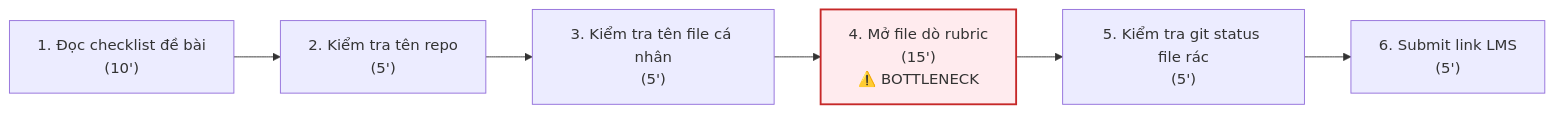
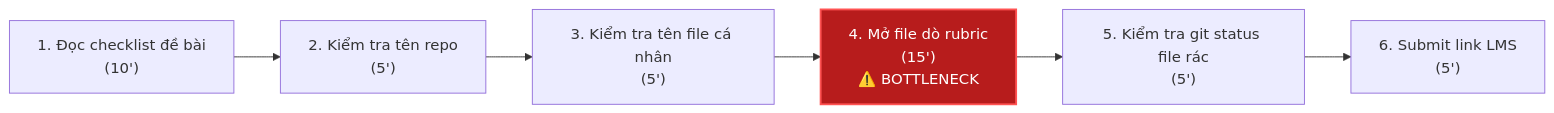
Before and after one commit to phamtuan2xx3-alt/K5-L3B-DAY02-E99-DiscoveryProblemFraming: the first of 3 diagrams in report/individual/2A202603848_ChuVanNhat.md, drawn with Mermaid. The commit also changed other lines of this file, not shown here.

Commit message:
fix: dam bao do tuong phan mau chu tren so do Mermaid

````diff
--- a/report/individual/2A202603848_ChuVanNhat.md
+++ b/report/individual/2A202603848_ChuVanNhat.md
@@ -69,9 +69,9 @@
 ```mermaid
 flowchart LR
     A["1. Đọc checklist đề bài<br/>(10')"] --> B["2. Kiểm tra tên repo<br/>(5')"]
     B --> C["3. Kiểm tra tên file cá nhân<br/>(5')"]
     C --> D["4. Mở file dò rubric<br/>(15')<br/>⚠️ BOTTLENECK"]
     D --> E["5. Kiểm tra git status file rác<br/>(5')"]
     E --> F["6. Submit link LMS<br/>(5')"]
-    style D fill:#ffebee,stroke:#c62828,stroke-width:2px
+    style D fill:#b71c1c,stroke:#ff5252,stroke-width:2px,color:#ffffff
 ```
````
